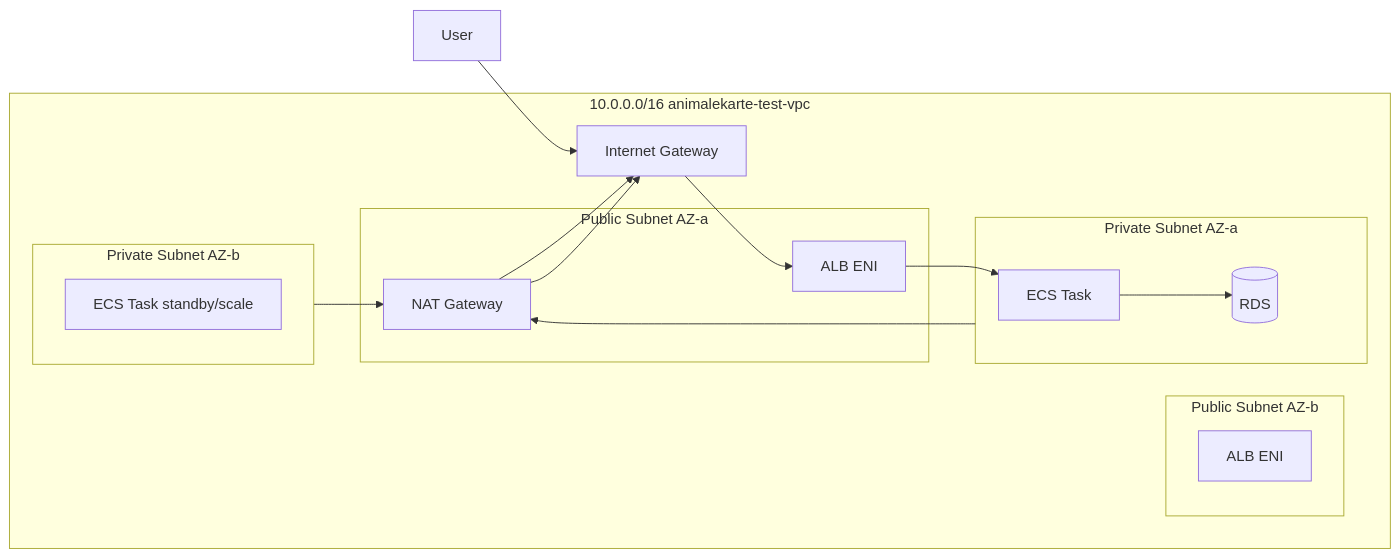
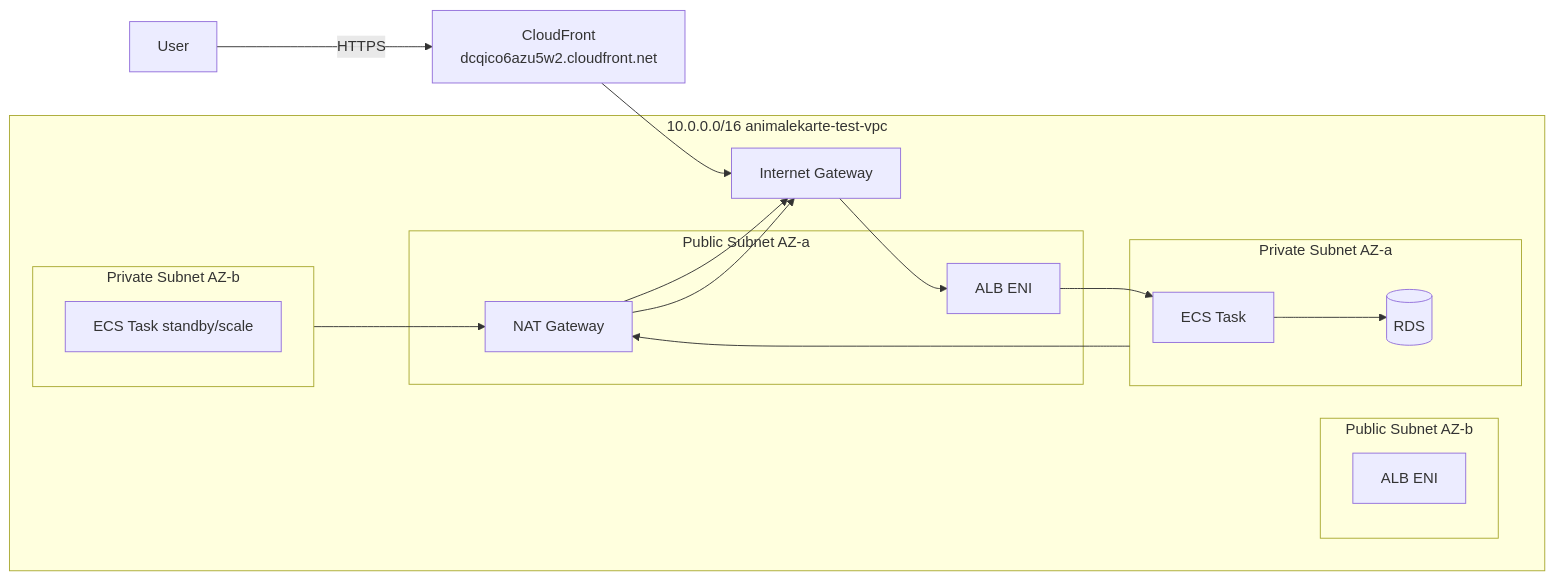
One commit to MinoruSoga/AnimalEkarte changed the second of 2 diagrams in docs/infra/docs_infra_architecture.md. Above: the diagram before and after it, drawn with Mermaid. The commit also changed other lines of this file and 9 other files, not shown here.

````diff
--- a/docs/infra/docs_infra_architecture.md
+++ b/docs/infra/docs_infra_architecture.md
@@ -164,26 +175,27 @@
 ```mermaid
 flowchart LR
   subgraph VPC[10.0.0.0/16  animalekarte-test-vpc]
     subgraph PublicAZA[Public Subnet AZ-a]
       ALB1[ALB ENI]
       NAT[NAT Gateway]
     end
     subgraph PublicAZB[Public Subnet AZ-b]
       ALB2[ALB ENI]
     end
     subgraph PrivateAZA[Private Subnet AZ-a]
       ECS1[ECS Task]
       RDS1[(RDS)]
     end
     subgraph PrivateAZB[Private Subnet AZ-b]
       ECS2[ECS Task standby/scale]
     end
     IGW[Internet Gateway]
   end
 
-  User --> IGW --> ALB1
+  User -->|HTTPS| CF[CloudFront\ndcqico6azu5w2.cloudfront.net]
+  CF --> IGW --> ALB1
   ALB1 --> ECS1
   ECS1 --> RDS1
   PrivateAZA --> NAT --> IGW
   PrivateAZB --> NAT --> IGW
 ```
````
